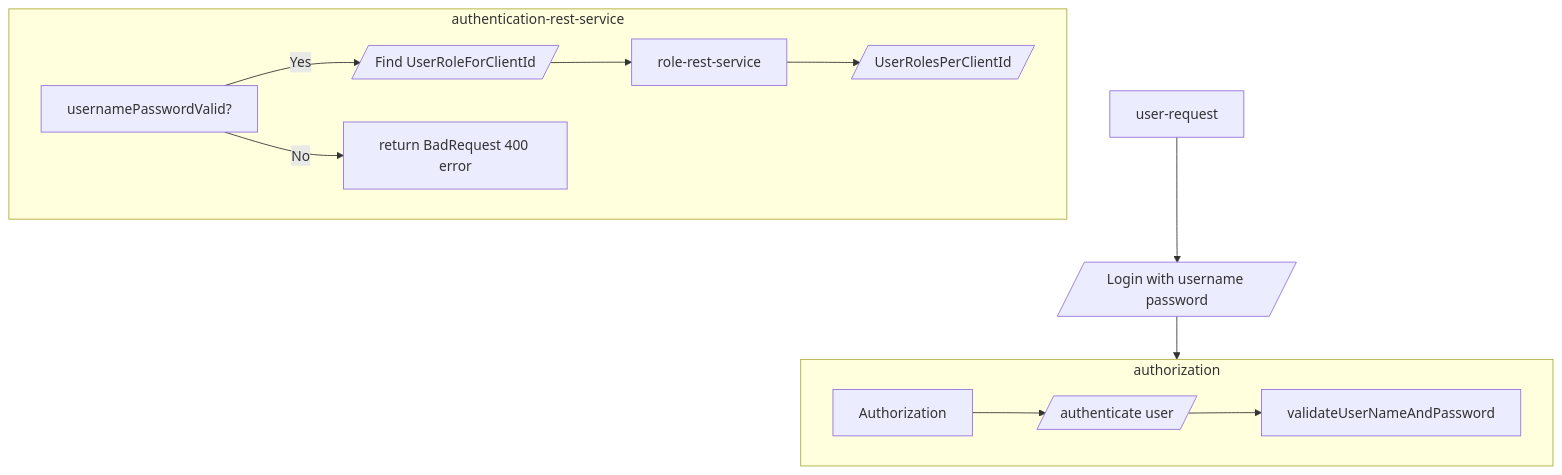
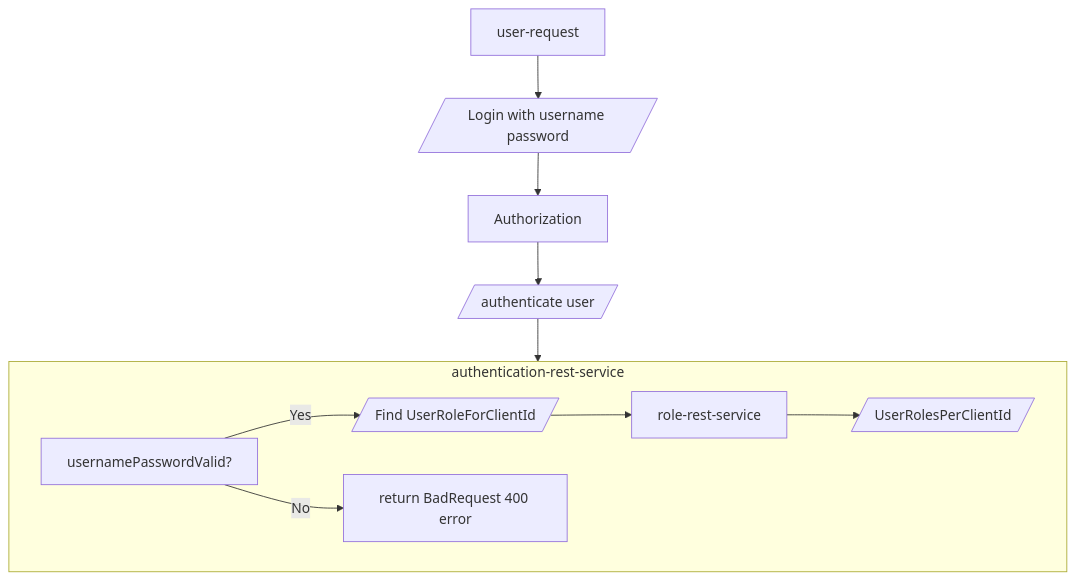
Before and after one commit to sonamsamdupkhangsar/spring-authorization-serve: the diagram in README.md, drawn with Mermaid.

````diff
--- a/README.md
+++ b/README.md
@@ -35,15 +35,13 @@
 ```mermaid
 flowchart TD
  User[user-request] -->login[/Login with username password/]--> authorization[Authorization]
+ authorization-->authenticate[/authenticate user/]--> authentication
  
- subgraph authorization
- Authorization-->authenticate[/authenticate user/]--> validateUserNameAndPassword
- end
- 
+
  subgraph authentication[authentication-rest-service]
  validateUsernameAndPassword["usernamePasswordValid?"]
  validateUsernameAndPassword -->|Yes| getUserRoleForClientId[/Find UserRoleForClientId/]
  validateUsernameAndPassword -->|No| returnError[return BadRequest 400 error]
  getUserRoleForClientId --> role-rest-service--> roles[/UserRolesPerClientId/]   
  end 
 ```
````
